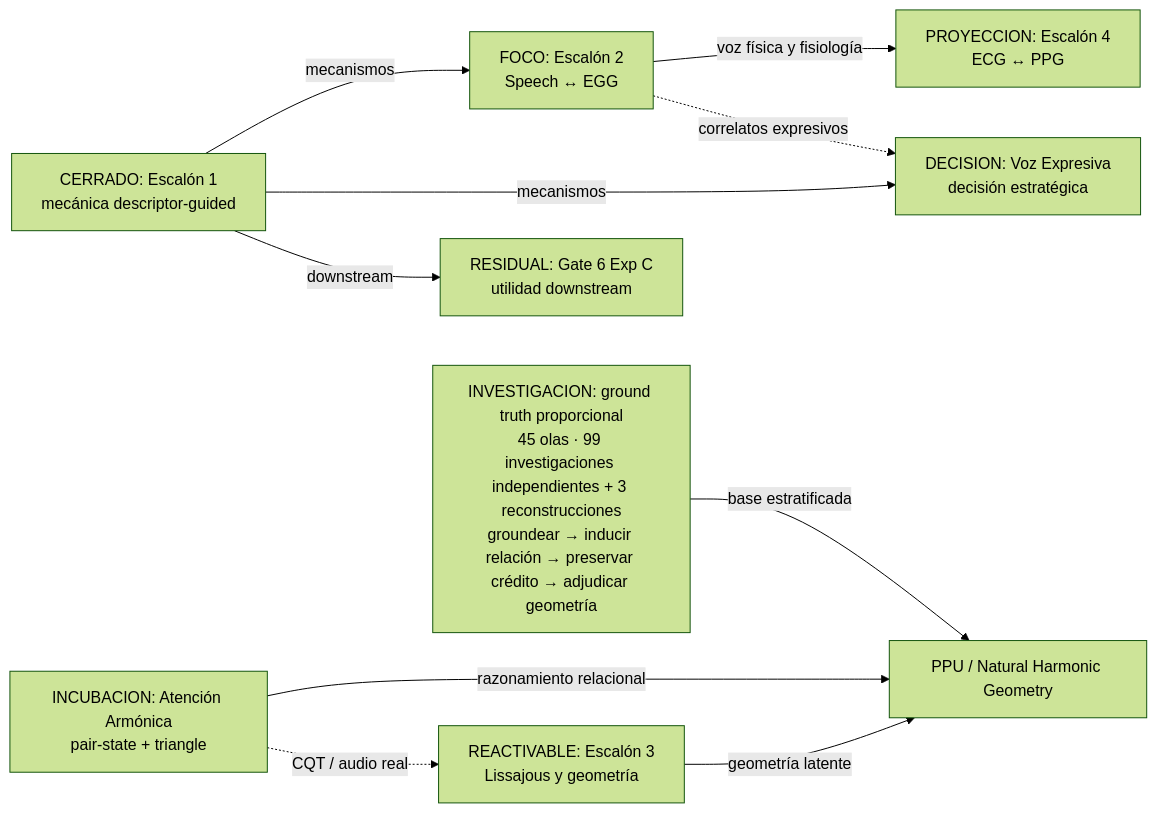
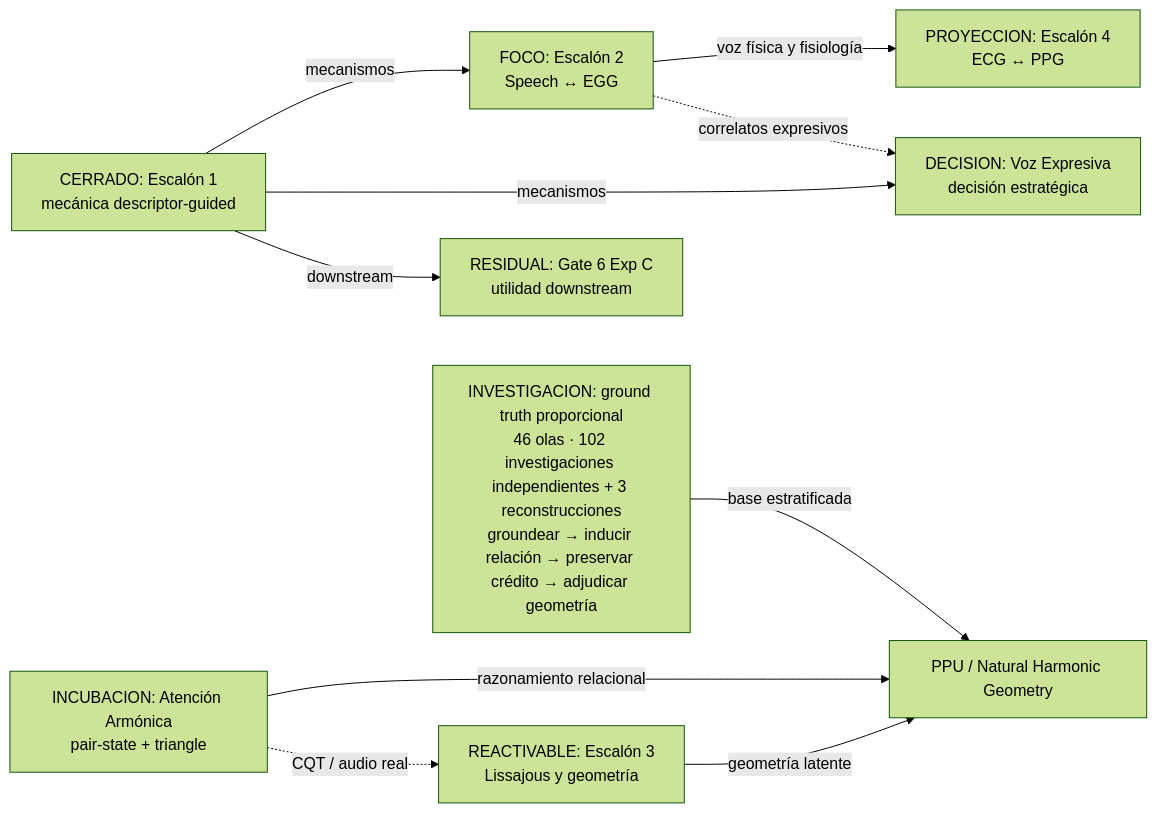
Before and after one commit to Mar-IA-no/Phideus: the first of 2 diagrams in Documents/05_WIKI/MAPA_VISUAL_DEL_PROGRAMA.md, drawn with Mermaid (forest theme). The commit also changed other lines of this file and 9 other files, not shown here.

````diff
--- a/Documents/05_WIKI/MAPA_VISUAL_DEL_PROGRAMA.md
+++ b/Documents/05_WIKI/MAPA_VISUAL_DEL_PROGRAMA.md
@@ -36,22 +36,22 @@
 ```mermaid
 flowchart LR
     E1["CERRADO: Escalón 1<br/>mecánica descriptor-guided"]
     G6["RESIDUAL: Gate 6 Exp C<br/>utilidad downstream"]
     E2["FOCO: Escalón 2<br/>Speech ↔ EGG"]
     VE["DECISION: Voz Expresiva<br/>decisión estratégica"]
     E3["REACTIVABLE: Escalón 3<br/>Lissajous y geometría"]
     AA["INCUBACION: Atención Armónica<br/>pair-state + triangle"]
     E4["PROYECCION: Escalón 4<br/>ECG ↔ PPG"]
     PPU["PPU / Natural Harmonic Geometry"]
-    GT["INVESTIGACION: ground truth proporcional<br/>45 olas · 99 investigaciones independientes + 3 reconstrucciones<br/>groundear → inducir relación → preservar crédito → adjudicar geometría"]
+    GT["INVESTIGACION: ground truth proporcional<br/>46 olas · 102 investigaciones independientes + 3 reconstrucciones<br/>groundear → inducir relación → preservar crédito → adjudicar geometría"]
 
     E1 -->|mecanismos| E2
     E1 -->|mecanismos| VE
     E1 -->|downstream| G6
     E2 -->|voz física y fisiología| E4
     E2 -.->|correlatos expresivos| VE
     E3 -->|geometría latente| PPU
     AA -->|razonamiento relacional| PPU
     GT -->|base estratificada| PPU
     AA -.->|CQT / audio real| E3
 ```
````
